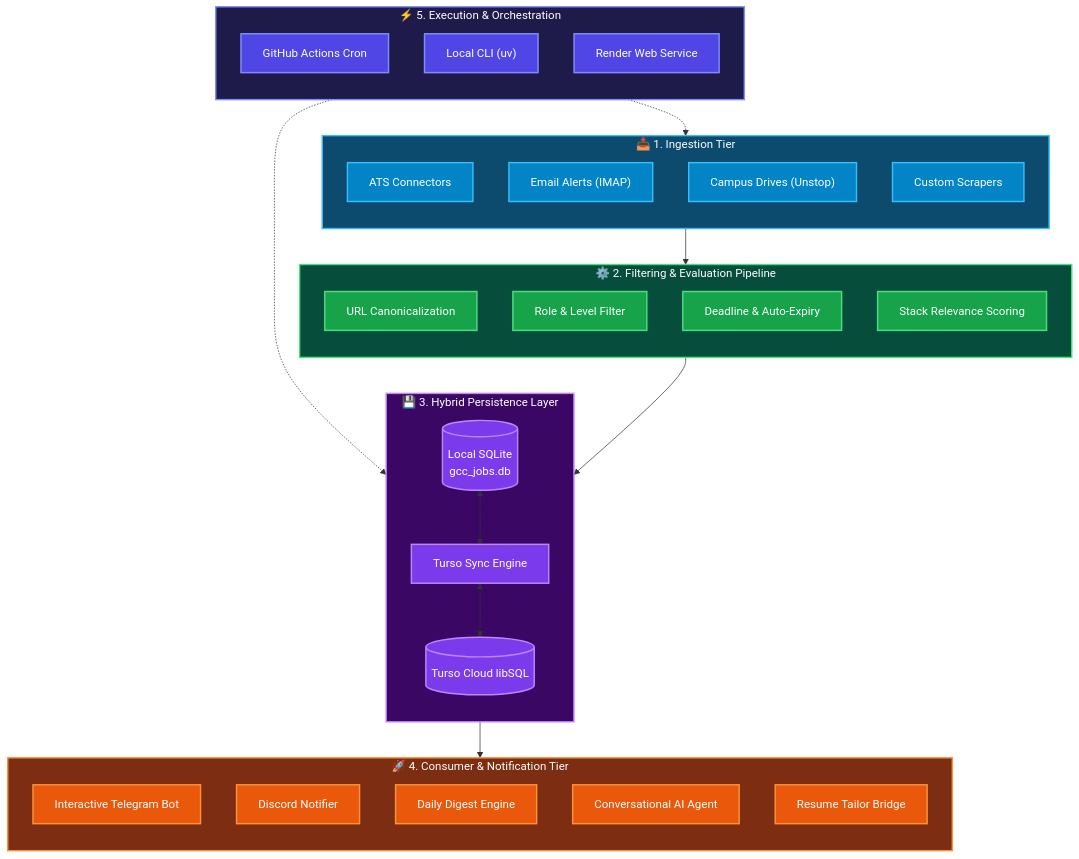
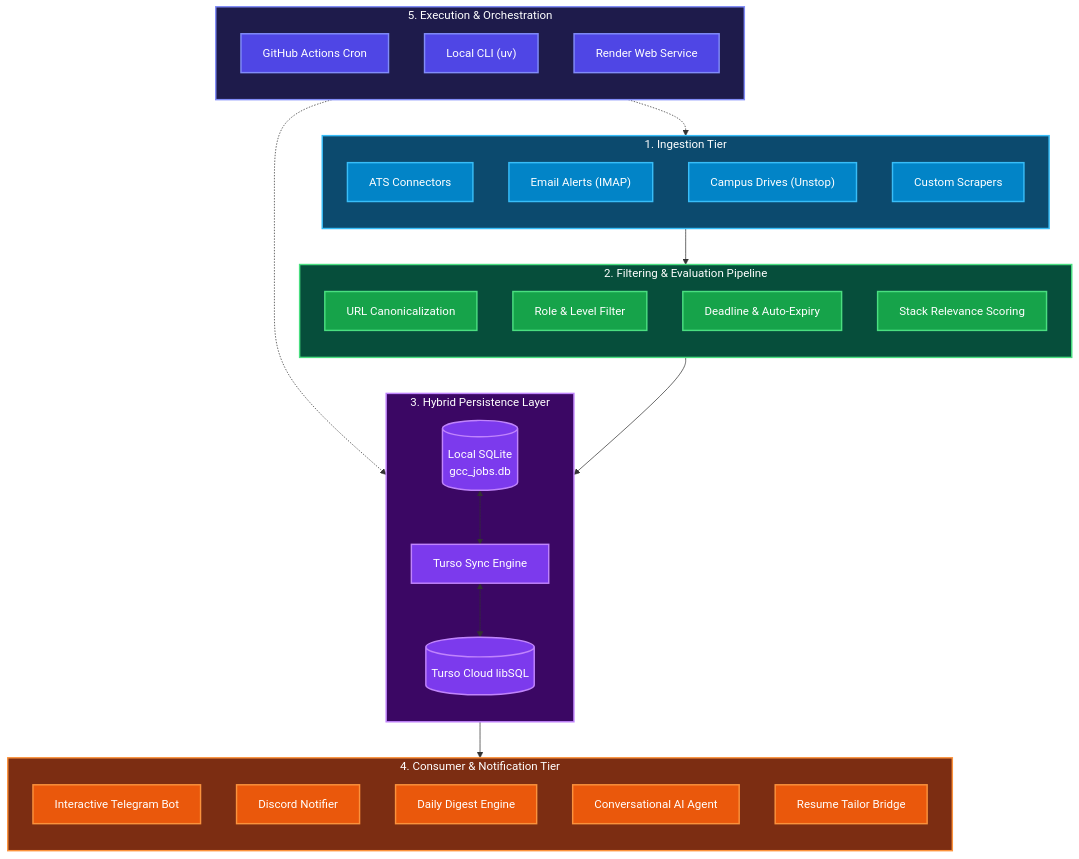
The diagram in README.md (Chinmay468/gcc-job-radar), drawn with Mermaid before and after one commit. The commit also changed 1 other file, not shown here.

Commit message:
style(docs): remove emoji icons from diagram subgraph headers and banners

````diff
--- a/README.md
+++ b/README.md
@@ -283,66 +283,66 @@
 ```mermaid
 flowchart TD
     classDef ingest fill:#0284c7,stroke:#38bdf8,stroke-width:2px,color:#ffffff;
     classDef process fill:#16a34a,stroke:#4ade80,stroke-width:2px,color:#ffffff;
     classDef storage fill:#7c3aed,stroke:#c084fc,stroke-width:2px,color:#ffffff;
     classDef consumer fill:#ea580c,stroke:#fb923c,stroke-width:2px,color:#ffffff;
     classDef orch fill:#4f46e5,stroke:#818cf8,stroke-width:2px,color:#ffffff;
 
-    subgraph ORCHESTRATION["⚡ 5. Execution & Orchestration"]
+    subgraph ORCHESTRATION["5. Execution & Orchestration"]
         direction TB
         E1["GitHub Actions Cron"]
         E2["Local CLI (uv)"]
         E3["Render Web Service"]
     end
 
-    subgraph INGEST["📥 1. Ingestion Tier"]
+    subgraph INGEST["1. Ingestion Tier"]
         direction TB
         A1["ATS Connectors"]
         A2["Email Alerts (IMAP)"]
         A3["Campus Drives (Unstop)"]
         A4["Custom Scrapers"]
     end
 
-    subgraph PROCESS["⚙️ 2. Filtering & Evaluation Pipeline"]
+    subgraph PROCESS["2. Filtering & Evaluation Pipeline"]
         direction TB
         B1["URL Canonicalization"]
         B2["Role & Level Filter"]
         B3["Deadline & Auto-Expiry"]
         B4["Stack Relevance Scoring"]
     end
 
-    subgraph STORAGE["💾 3. Hybrid Persistence Layer"]
+    subgraph STORAGE["3. Hybrid Persistence Layer"]
         direction TB
         C1[("Local SQLite<br/>gcc_jobs.db")]
         C2["Turso Sync Engine"]
         C3[("Turso Cloud libSQL")]
     end
 
-    subgraph CONSUMER["🚀 4. Consumer & Notification Tier"]
+    subgraph CONSUMER["4. Consumer & Notification Tier"]
         direction TB
         D1["Interactive Telegram Bot"]
         D2["Discord Notifier"]
         D3["Daily Digest Engine"]
         D4["Conversational AI Agent"]
         D5["Resume Tailor Bridge"]
     end
 
     ORCHESTRATION -.-> INGEST
     ORCHESTRATION -.-> STORAGE
     INGEST --> PROCESS
     PROCESS --> STORAGE
     C1 <--> C2 <--> C3
     STORAGE --> CONSUMER
 
     class A1,A2,A3,A4 ingest;
     class B1,B2,B3,B4 process;
     class C1,C2,C3 storage;
     class D1,D2,D3,D4,D5 consumer;
     class E1,E2,E3 orch;
 
     style INGEST fill:#0c4a6e,stroke:#38bdf8,stroke-width:2px,color:#ffffff
     style PROCESS fill:#064e3b,stroke:#4ade80,stroke-width:2px,color:#ffffff
     style STORAGE fill:#3b0764,stroke:#c084fc,stroke-width:2px,color:#ffffff
     style CONSUMER fill:#7c2d12,stroke:#fb923c,stroke-width:2px,color:#ffffff
     style ORCHESTRATION fill:#1e1b4b,stroke:#818cf8,stroke-width:2px,color:#ffffff
 ```
````
